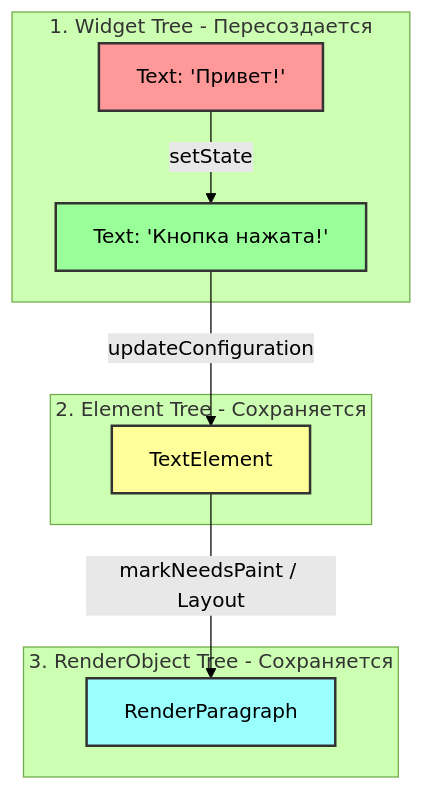
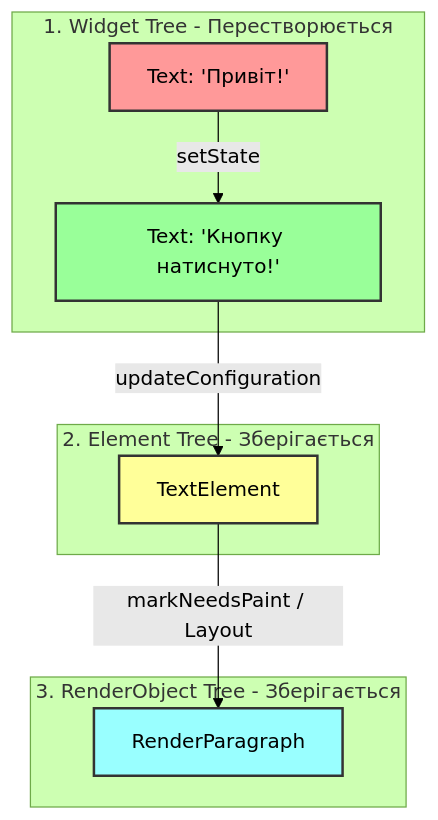
Before and after one commit to Andrey2343rfn/pract2: the first of 2 diagrams in README.md, drawn with Mermaid (forest theme). The commit also changed other lines of this file, not shown here.

````diff
--- a/README.md
+++ b/README.md
@@ -54,23 +54,23 @@
 ```mermaid
 graph TD
-    subgraph WidgetTree [1. Widget Tree - Пересоздается]
-        W_Old[Text: 'Привет!'] -->|setState| W_New[Text: 'Кнопка нажата!']
+    subgraph WidgetTree [1. Widget Tree - Перестворюється]
+        W_Old[Text: 'Привіт!'] -->|setState| W_New[Text: 'Кнопку натиснуто!']
     end
 
-    subgraph ElementTree [2. Element Tree - Сохраняется]
+    subgraph ElementTree [2. Element Tree - Зберігається]
         E[TextElement]
     end
 
-    subgraph RenderObjectTree [3. RenderObject Tree - Сохраняется]
+    subgraph RenderObjectTree [3. RenderObject Tree - Зберігається]
         R[RenderParagraph]
     end
 
     W_New -->|updateConfiguration| E
     E -->|markNeedsPaint / Layout| R
 
     style W_Old fill:#ff9999,stroke:#333,stroke-width:2px
     style W_New fill:#99ff99,stroke:#333,stroke-width:2px
     style E fill:#ffff99,stroke:#333,stroke-width:2px
     style R fill:#99ffff,stroke:#333,stroke-width:2px
 
 ```
````
